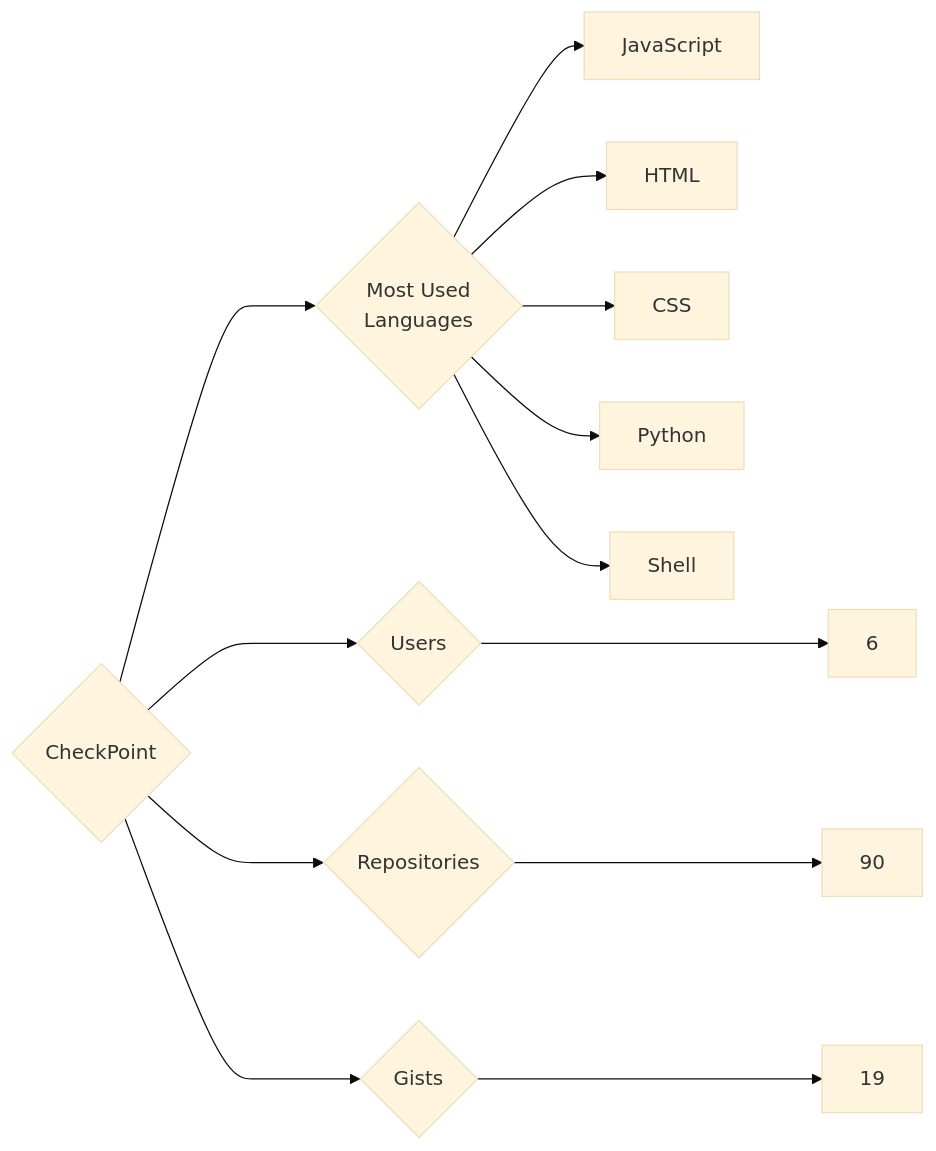
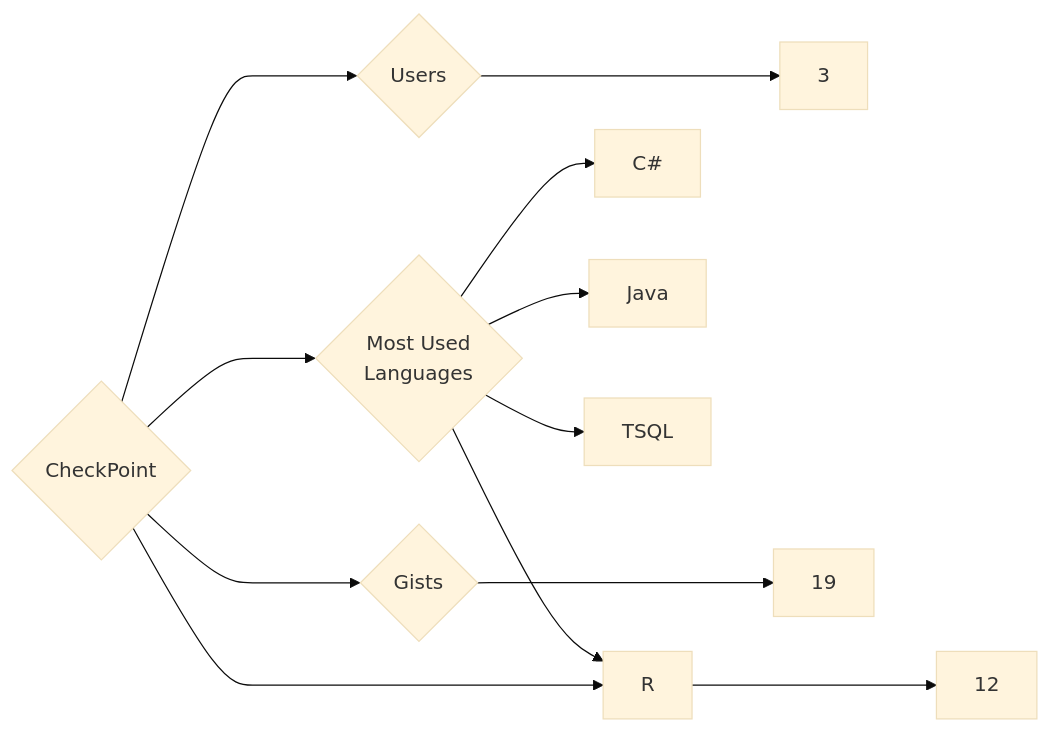
One commit to trickest/insiders changed the diagram in targets/CheckPoint/README.md. Above: the diagram before and after it, drawn with Mermaid (base theme). The commit also changed 1120 other files, not shown here.

````diff
--- a/targets/CheckPoint/README.md
+++ b/targets/CheckPoint/README.md
@@ -3,13 +3,12 @@
 ```mermaid
 graph LR
 COMPANY_NAME{CheckPoint}
-COMPANY_NAME ---> U{Users} ---> UN[6]
-COMPANY_NAME ---> R{Repositories} ---> RN[90]
+COMPANY_NAME ---> U{Users} ---> UN[3]
+COMPANY_NAME ---> R{Repositories} ---> RN[12]
 COMPANY_NAME ---> G{Gists} ---> GN[19]
 COMPANY_NAME ---> ML{Most Used<br>Languages}
-ML --> JavaScript[JavaScript]
-ML --> HTML[HTML]
-ML --> CSS[CSS]
-ML --> Python[Python]
-ML --> Shell[Shell]
+ML --> C#[C#]
+ML --> R[R]
+ML --> Java[Java]
+ML --> TSQL[TSQL]
 ```
````
